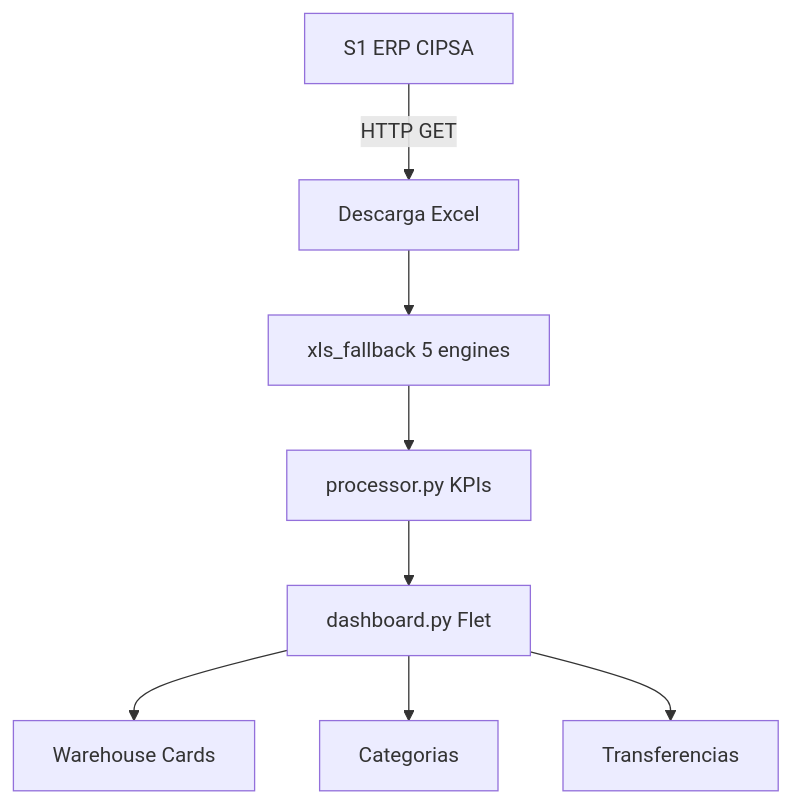
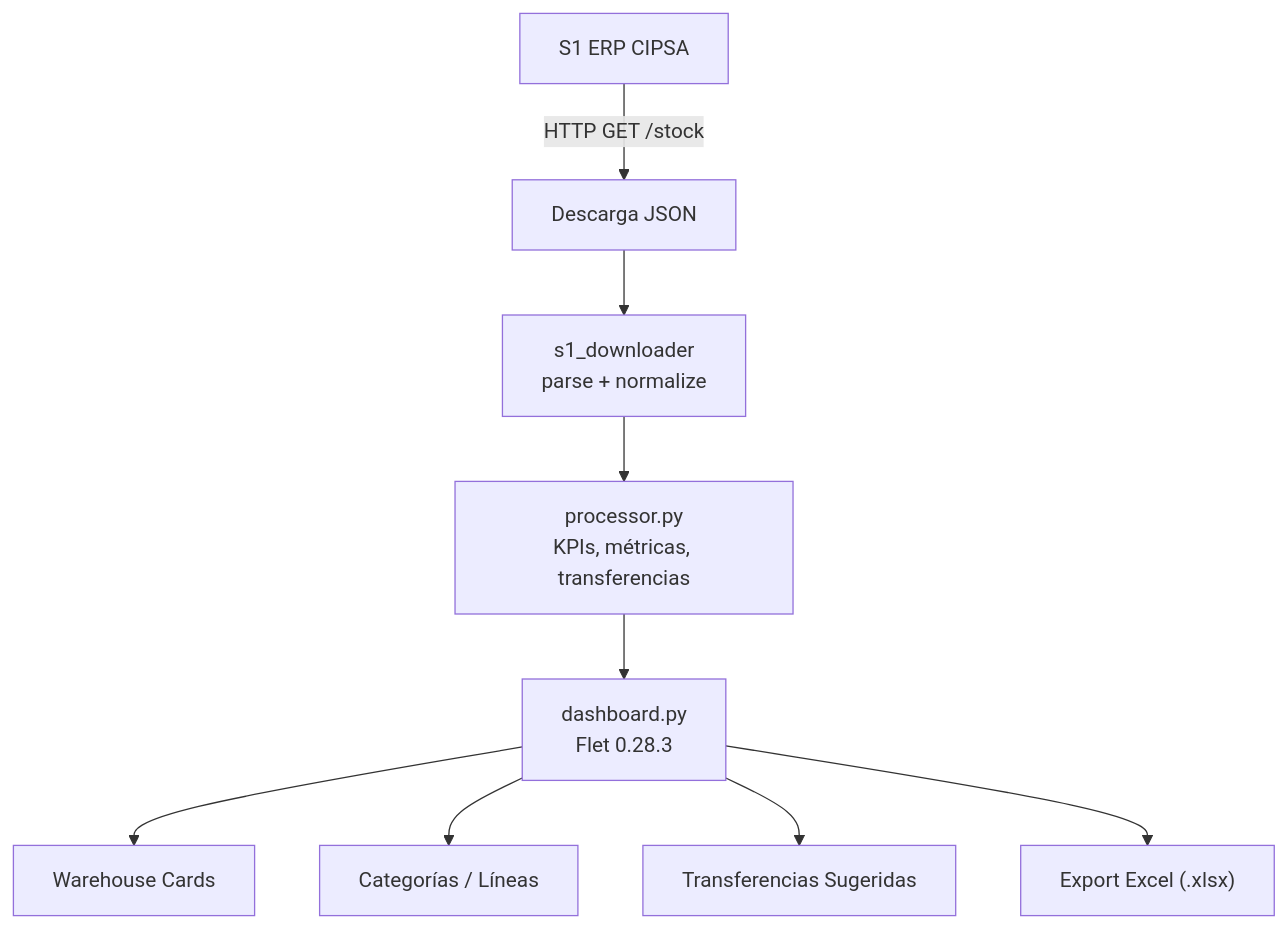
Before and after one commit to carloscus/g360-stock-monitor: the diagram in README.md, drawn with Mermaid. The commit also changed other lines of this file and 32 other files, not shown here.

````diff
--- a/README.md
+++ b/README.md
@@ -9,10 +17,11 @@
 ```mermaid
 flowchart TD
-    A[S1 ERP CIPSA] -->|HTTP GET| B[Descarga Excel]
-    B --> C[xls_fallback 5 engines]
-    C --> D[processor.py KPIs]
-    D --> E[dashboard.py Flet]
-    E --> F[Warehouse Cards]
-    E --> G[Categorias]
-    E --> H[Transferencias]
+    A["S1 ERP CIPSA"] -->|HTTP GET /stock| B["Descarga JSON"]
+    B --> C["s1_downloader<br/>parse + normalize"]
+    C --> D["processor.py<br/>KPIs, métricas, transferencias"]
+    D --> E["dashboard.py<br/>Flet 0.28.3"]
+    E --> F["Warehouse Cards"]
+    E --> G["Categorías / Líneas"]
+    E --> H["Transferencias Sugeridas"]
+    E --> I["Export Excel (.xlsx)"]
 ```
````
